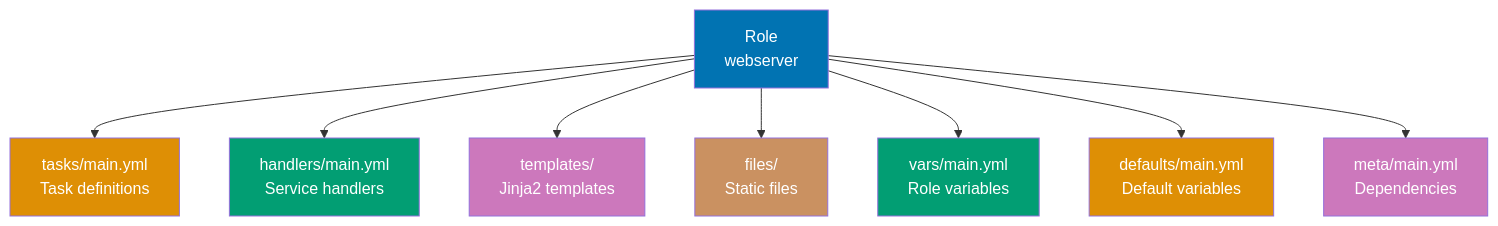
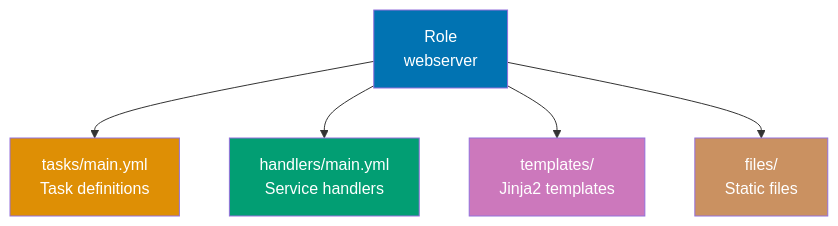
One commit to wahidyankf/open-sharia-enterprise changed the first of 11 diagrams in apps/ayokoding-web/content/en/learn/software-engineering/infrastructure/tools/ansible/tutorials/by-example/intermediate.md. Above: the diagram before and after it, drawn with Mermaid. The commit also changed other lines of this file and 12 other files, not shown here.

````diff
--- a/apps/ayokoding-web/content/en/learn/software-engineering/infrastructure/tools/ansible/tutorials/by-example/intermediate.md
+++ b/apps/ayokoding-web/content/en/learn/software-engineering/infrastructure/tools/ansible/tutorials/by-example/intermediate.md
@@ -19,20 +21,14 @@
 ```mermaid
 %% Color Palette: Blue #0173B2, Orange #DE8F05, Teal #029E73, Purple #CC78BC, Brown #CA9161
 graph TD
     A["Role<br/>webserver"] --> B["tasks/main.yml<br/>Task definitions"]
     A --> C["handlers/main.yml<br/>Service handlers"]
     A --> D["templates/<br/>Jinja2 templates"]
     A --> E["files/<br/>Static files"]
-    A --> F["vars/main.yml<br/>Role variables"]
-    A --> G["defaults/main.yml<br/>Default variables"]
-    A --> H["meta/main.yml<br/>Dependencies"]
 
     style A fill:#0173B2,color:#fff
     style B fill:#DE8F05,color:#fff
     style C fill:#029E73,color:#fff
     style D fill:#CC78BC,color:#fff
     style E fill:#CA9161,color:#fff
-    style F fill:#029E73,color:#fff
-    style G fill:#DE8F05,color:#fff
-    style H fill:#CC78BC,color:#fff
 ```
````
